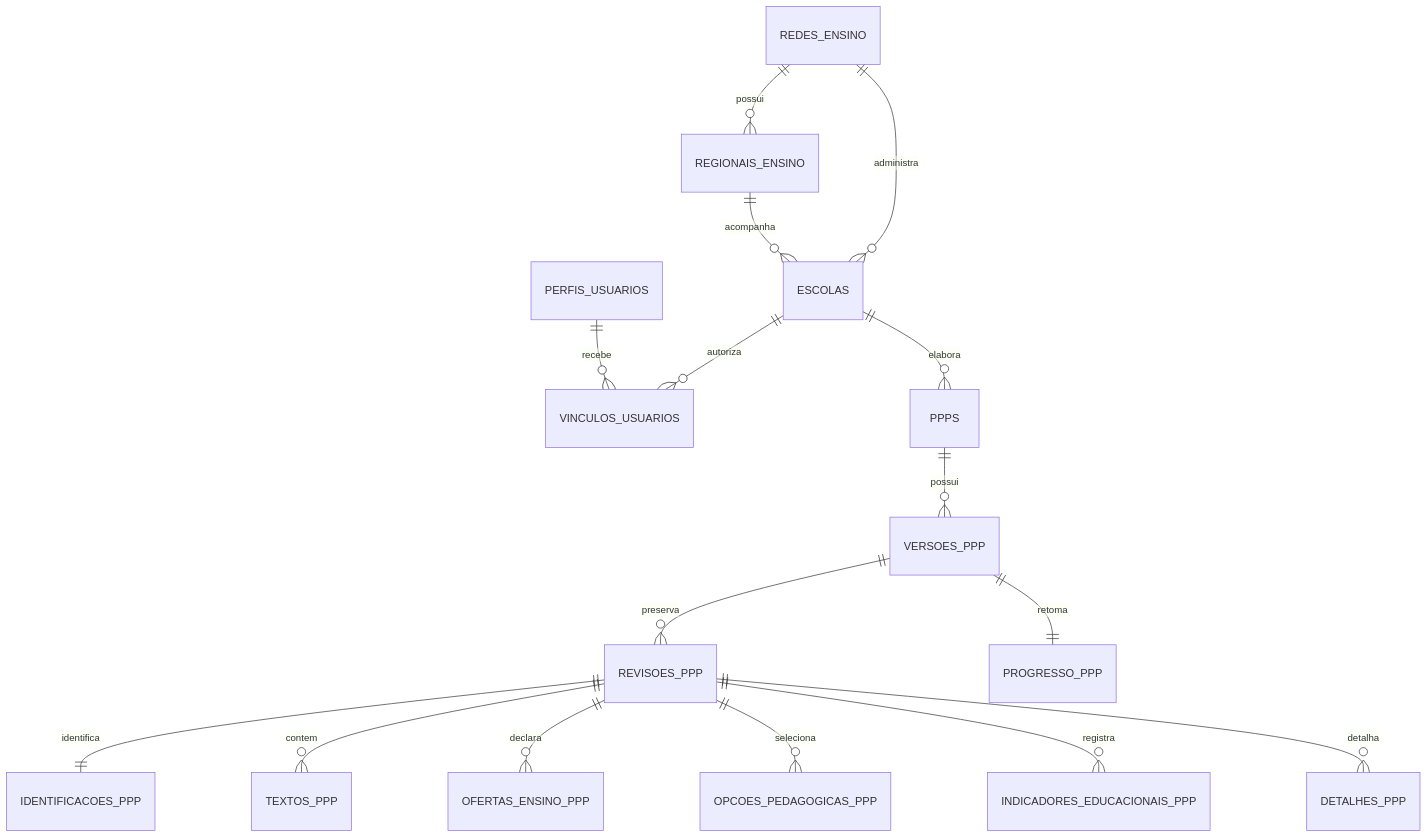
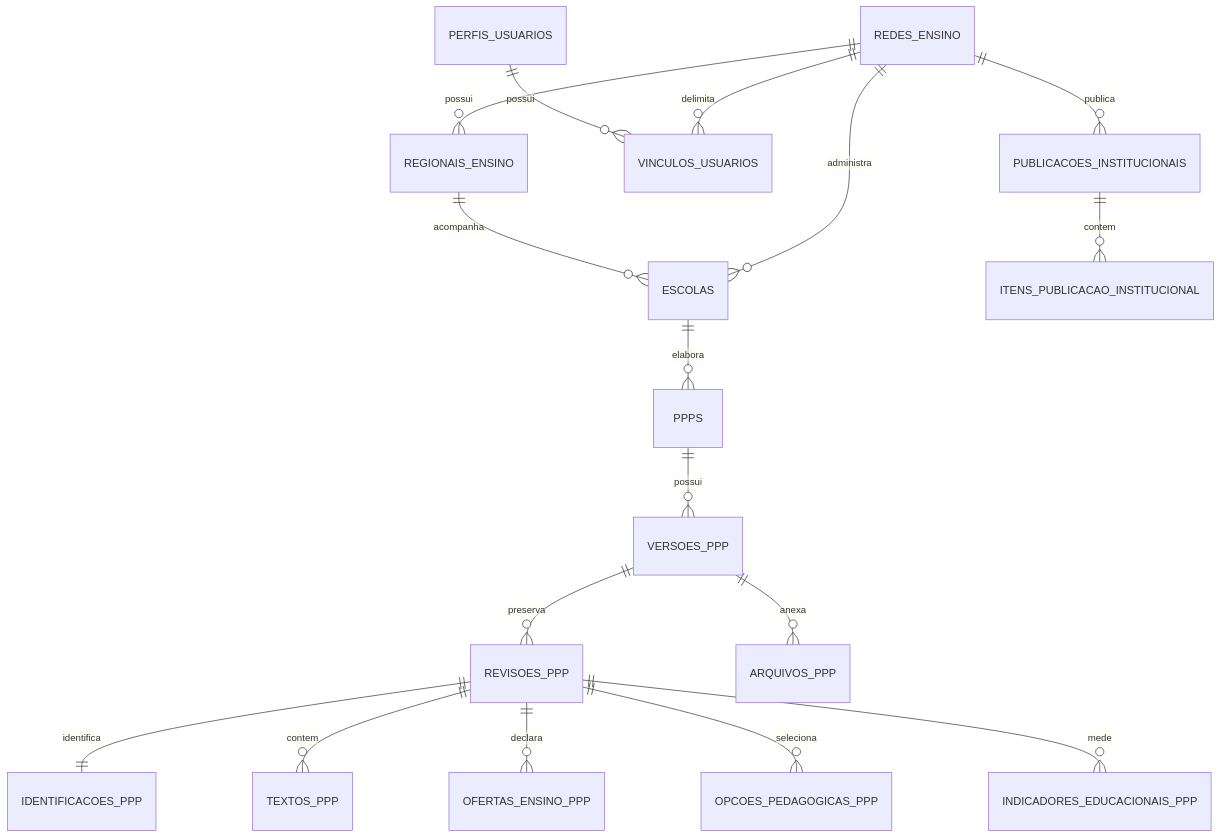
One commit to Lucaskayke814/Projeto-PPP changed the diagram in docs/database-architecture.md. Above: the diagram before and after it, drawn with Mermaid. The commit also changed other lines of this file and 97 other files, not shown here.

````diff
--- a/docs/database-architecture.md
+++ b/docs/database-architecture.md
@@ -20,18 +23,19 @@
 ```mermaid
 erDiagram
   REDES_ENSINO ||--o{ REGIONAIS_ENSINO : possui
   REGIONAIS_ENSINO ||--o{ ESCOLAS : acompanha
   REDES_ENSINO ||--o{ ESCOLAS : administra
-  PERFIS_USUARIOS ||--o{ VINCULOS_USUARIOS : recebe
-  ESCOLAS ||--o{ VINCULOS_USUARIOS : autoriza
+  PERFIS_USUARIOS ||--o{ VINCULOS_USUARIOS : possui
+  REDES_ENSINO ||--o{ VINCULOS_USUARIOS : delimita
   ESCOLAS ||--o{ PPPS : elabora
   PPPS ||--o{ VERSOES_PPP : possui
   VERSOES_PPP ||--o{ REVISOES_PPP : preserva
   REVISOES_PPP ||--|| IDENTIFICACOES_PPP : identifica
   REVISOES_PPP ||--o{ TEXTOS_PPP : contem
   REVISOES_PPP ||--o{ OFERTAS_ENSINO_PPP : declara
   REVISOES_PPP ||--o{ OPCOES_PEDAGOGICAS_PPP : seleciona
-  REVISOES_PPP ||--o{ INDICADORES_EDUCACIONAIS_PPP : registra
-  REVISOES_PPP ||--o{ DETALHES_PPP : detalha
-  VERSOES_PPP ||--|| PROGRESSO_PPP : retoma
+  REVISOES_PPP ||--o{ INDICADORES_EDUCACIONAIS_PPP : mede
+  VERSOES_PPP ||--o{ ARQUIVOS_PPP : anexa
+  REDES_ENSINO ||--o{ PUBLICACOES_INSTITUCIONAIS : publica
+  PUBLICACOES_INSTITUCIONAIS ||--o{ ITENS_PUBLICACAO_INSTITUCIONAL : contem
 ```
````
